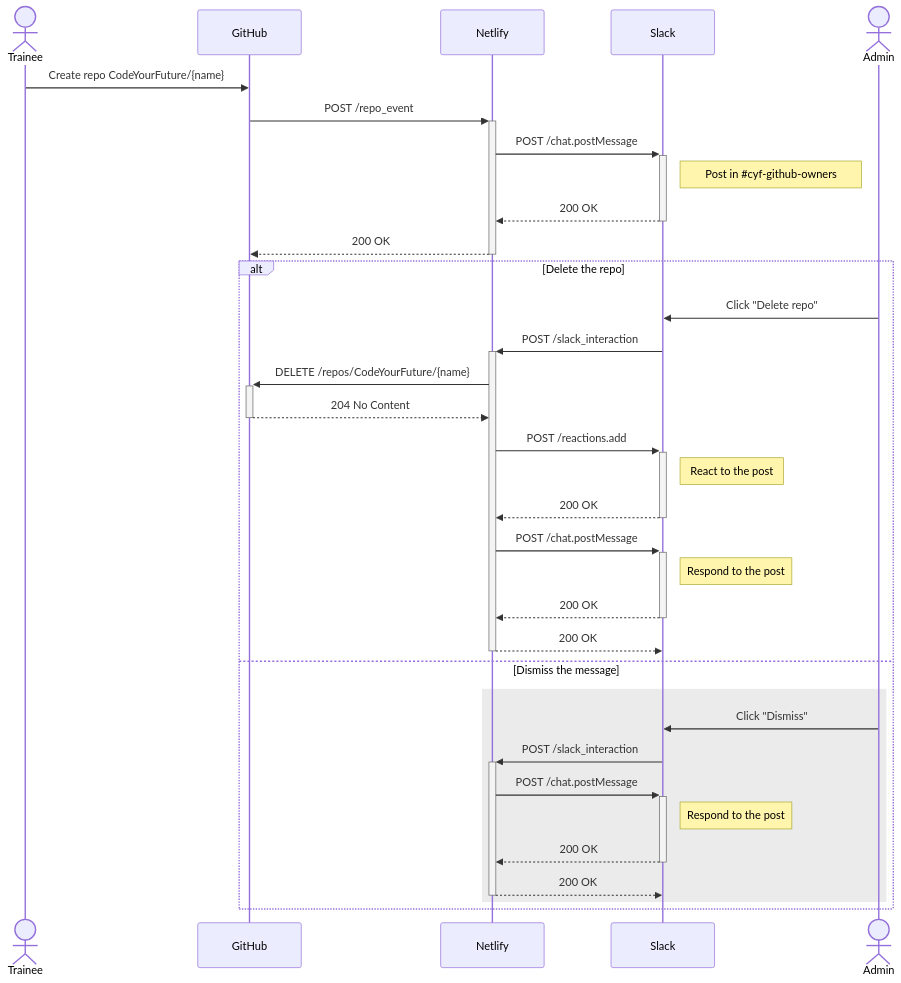
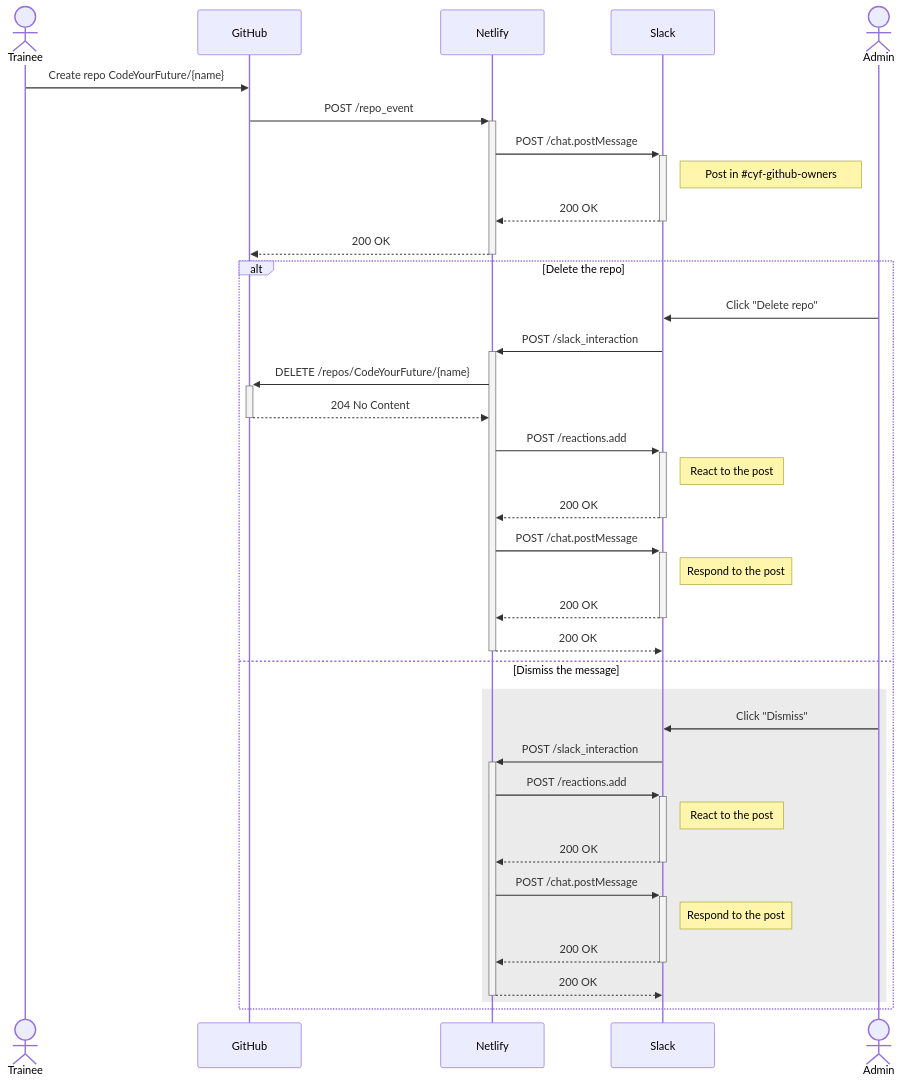
One commit to CodeYourFuture/gitbot changed the diagram in README.md. Above: the diagram before and after it, drawn with Mermaid.

Commit message:
Update sequence diagram
Forcing a rebuild for new env var...

````diff
--- a/README.md
+++ b/README.md
@@ -26,36 +26,39 @@
 ```mermaid
 sequenceDiagram
     actor Trainee
     participant GitHub
     participant Netlify
     participant Slack
     Trainee->>GitHub: Create repo CodeYourFuture/{name}
     GitHub->>+Netlify: POST /repo_event
     Netlify->>+Slack: POST /chat.postMessage
     Note right of Slack: Post in #35;cyf-github-owners
     Slack-->>-Netlify: 200 OK
     Netlify-->>-GitHub: 200 OK
     actor Admin
     alt Delete the repo
     Admin->>Slack: Click "Delete repo"
     Slack->>+Netlify: POST /slack_interaction
     Netlify->>+GitHub: DELETE /repos/CodeYourFuture/{name}
     GitHub-->>-Netlify: 204 No Content
     Netlify->>+Slack: POST /reactions.add
     Note right of Slack: React to the post
     Slack-->>-Netlify: 200 OK
     Netlify->>+Slack: POST /chat.postMessage
     Note right of Slack: Respond to the post
     Slack-->>-Netlify: 200 OK
     Netlify-->>-Slack: 200 OK
     else Dismiss the message
     rect rgb(235, 235, 235)
     Admin->>Slack: Click "Dismiss"
     Slack->>+Netlify: POST /slack_interaction
+    Netlify->>+Slack: POST /reactions.add
+    Note right of Slack: React to the post
+    Slack-->>-Netlify: 200 OK
     Netlify->>+Slack: POST /chat.postMessage
     Note right of Slack: Respond to the post
     Slack-->>-Netlify: 200 OK
     Netlify-->>-Slack: 200 OK
     end
     end
 ```
````
